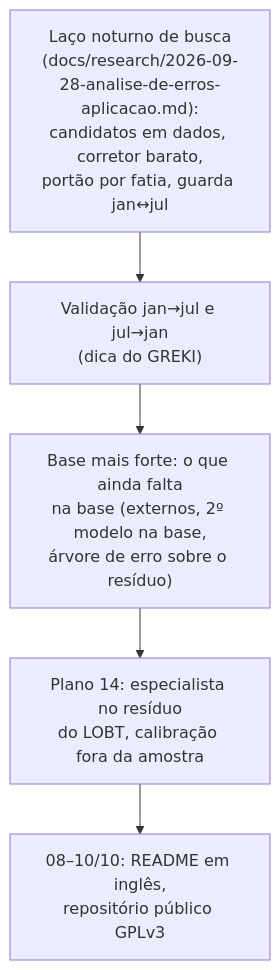
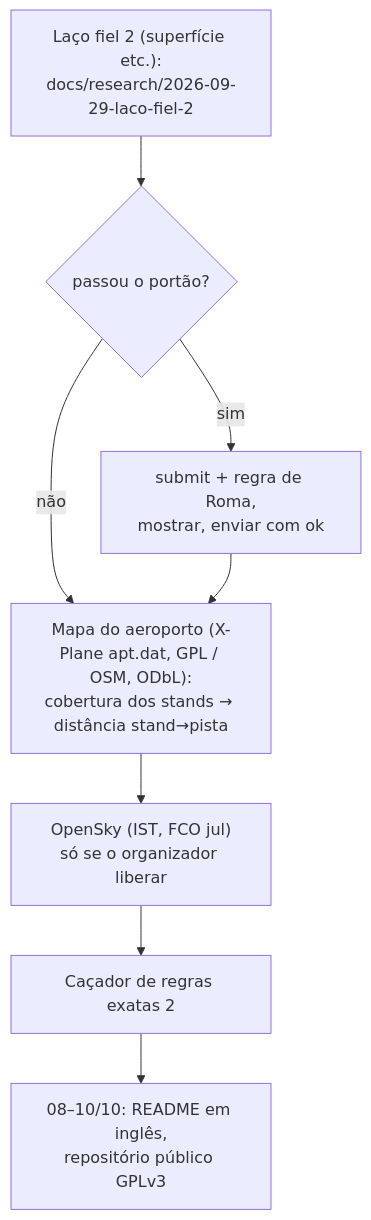
Before and after one commit to EnioAguiar/prc-taxiout-2026: the third of 3 diagrams in docs/mapa.md, drawn with Mermaid. The commit also changed other lines of this file and 3 other files, not shown here.

````diff
--- a/docs/mapa.md
+++ b/docs/mapa.md
@@ -94,7 +94,10 @@
 ```mermaid
 flowchart TD
-    A["Laço noturno de busca<br/>(docs/research/2026-09-28-analise-de-erros-aplicacao.md):<br/>candidatos em dados, corretor barato,<br/>portão por fatia, guarda jan↔jul"] --> B["Validação jan→jul e jul→jan<br/>(dica do GREKI)"]
-    B --> C["Base mais forte: o que ainda falta<br/>na base (externos, 2º modelo na base,<br/>árvore de erro sobre o resíduo)"]
-    C --> D["Plano 14: especialista no resíduo<br/>do LOBT, calibração fora da amostra"]
-    D --> FIM["08–10/10: README em inglês,<br/>repositório público GPLv3"]
+    A["Laço fiel 2 (superfície etc.):<br/>docs/research/2026-09-29-laco-fiel-2"] --> B{"passou o portão?"}
+    B -->|sim| E["submit + regra de Roma,<br/>mostrar, enviar com ok"]
+    B -->|não| M
+    E --> M["Mapa do aeroporto (X-Plane apt.dat, GPL / OSM, ODbL):<br/>cobertura dos stands → distância stand→pista"]
+    M --> O["OpenSky (IST, FCO jul)<br/>só se o organizador liberar"]
+    O --> R["Caçador de regras exatas 2"]
+    R --> FIM["08–10/10: README em inglês,<br/>repositório público GPLv3"]
 ```
````
